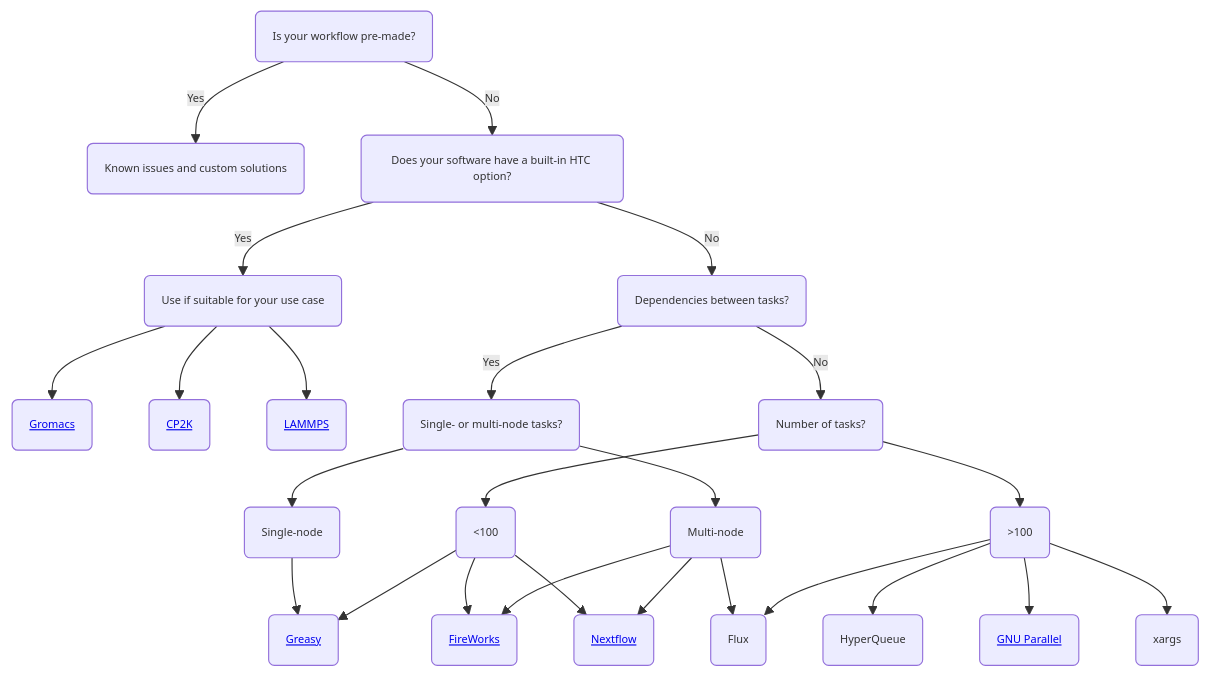
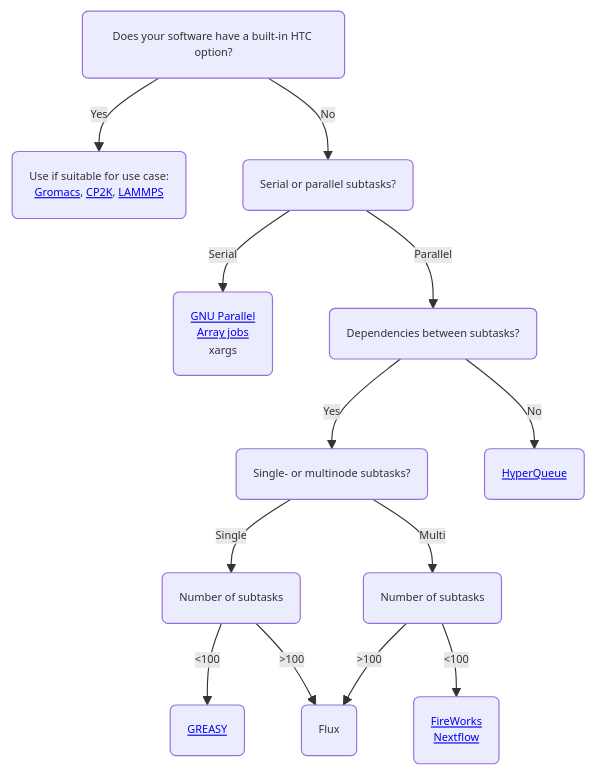
Before and after one commit to CSCfi/csc-user-guide: the first of 2 diagrams in docs/computing/running/throughput.md, drawn with Mermaid. The commit also changed other lines of this file, not shown here.

Commit message:
Improve flowcharts, add motivation, links

````diff
--- a/docs/computing/running/throughput.md
+++ b/docs/computing/running/throughput.md
@@ -20,28 +22,16 @@
 ```mermaid
 %%{init: {'theme': 'default', 'themeVariables': { 'fontSize': '0.6rem', 'fontFamily': 'Raleway'}}}%%
 graph TD
-    A("Is your workflow pre-made?") -->|Yes| B(Known issues and custom solutions)
-    A -->|No| C(Does your software have a built-in HTC option?)
-    C -->|Yes| D(Use if suitable for your use case)
-    D --> d1(<a href='/apps/gromacs/#high-throughput-computing-with-gromacs'>Gromacs</a>)
-    D --> d2(<a href='/apps/cp2k/#high-throughput-computing-with-gromacs'>CP2K</a>)
-    D --> d3(<a href='/apps/lammps/#high-throughput-computing-with-gromacs'>LAMMPS</a>)
-    C -->|No| E(Dependencies between tasks?)
-    E -->|Yes| F(Single- or multi-node tasks?)
-    E -->|No| G(Number of tasks?)
-    G --> H(<100)
-    G --> I(>100)
-    H --> J(<a href='/computing/running/greasy/'>Greasy</a>)
-    I --> K(HyperQueue)
-    F --> L(Single-node)
-    F --> M(Multi-node)
-    L --> J
-    M --> O(<a href='/computing/running/fireworks/'>FireWorks</a>)
-    H --> O
-    I --> P(Flux)
-    I --> Q(<a href='/support/tutorials/many/'>GNU Parallel</a>)
-    M --> P
-    I --> R(xargs)
-    M --> S(<a href='/support/tutorials/nextflow-puhti/'>Nextflow</a>)
-    H --> S
+    C(Does your software have a built-in HTC option?) -->|Yes| D("Use if suitable for use case:<br><a href='/apps/gromacs/#high-throughput-computing-with-gromacs'>Gromacs</a>, <a href='/apps/cp2k/#high-throughput-computing-with-gromacs'>CP2K</a>, <a href='/apps/lammps/#high-throughput-computing-with-gromacs'>LAMMPS</a>")
+    C -->|No| E(Serial or parallel subtasks?)
+    E -->|Serial| F(<a href='/support/tutorials/many/'>GNU Parallel</a><br><a href='/computing/running/array-jobs/'>Array jobs</a><br>xargs)
+    E -->|Parallel| G(Dependencies between subtasks?)
+    G -->|Yes| H(Single- or multinode subtasks?)
+    G -->|No| I(<a href='https://github.com/It4innovations/hyperqueue'>HyperQueue</a>)
+    H -->|Single| J(Number of subtasks)
+    H -->|Multi| K(Number of subtasks)
+    J -->|<100| M(<a href='/computing/running/greasy/'>GREASY</a>)
+    K -->|<100| O(<a href='/computing/running/fireworks/'>FireWorks</a><br><a href='/support/tutorials/nextflow-puhti/'>Nextflow</a>)
+    J -->|>100| L(Flux)
+    K -->|>100| L
 ```
````
